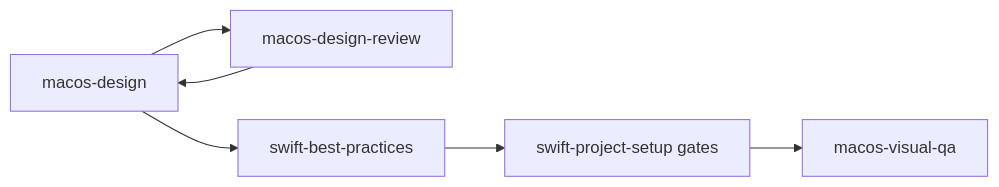
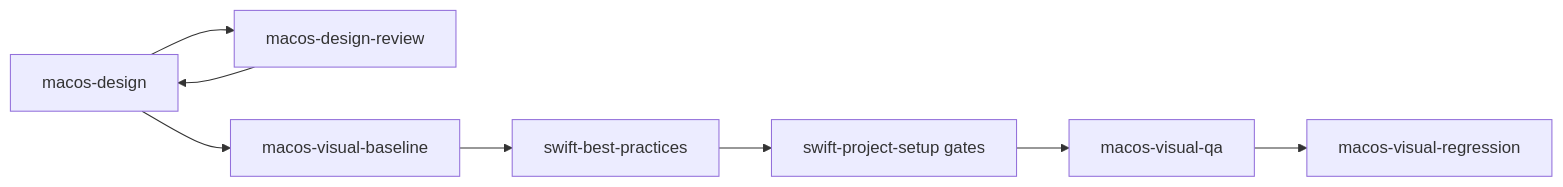
One commit to tailrocks/tailrocks-skills changed the first of 2 diagrams in docs/content/docs/choosing.mdx. Above: the diagram before and after it, drawn with Mermaid. The commit also changed other lines of this file and 76 other files, not shown here.

First line of the commit message:
refactor(macos): split visual QA owners

````diff
--- a/docs/content/docs/choosing.mdx
+++ b/docs/content/docs/choosing.mdx
@@ -71,8 +71,10 @@
 ```mermaid
 flowchart LR
   design["macos-design"] --> review["macos-design-review"]
   review --> design
-  design --> swift["swift-best-practices"]
+  design --> baseline["macos-visual-baseline"]
+  baseline --> swift["swift-best-practices"]
   swift --> gates["swift-project-setup gates"]
   gates --> qa["macos-visual-qa"]
+  qa --> regression["macos-visual-regression"]
 ```
````
